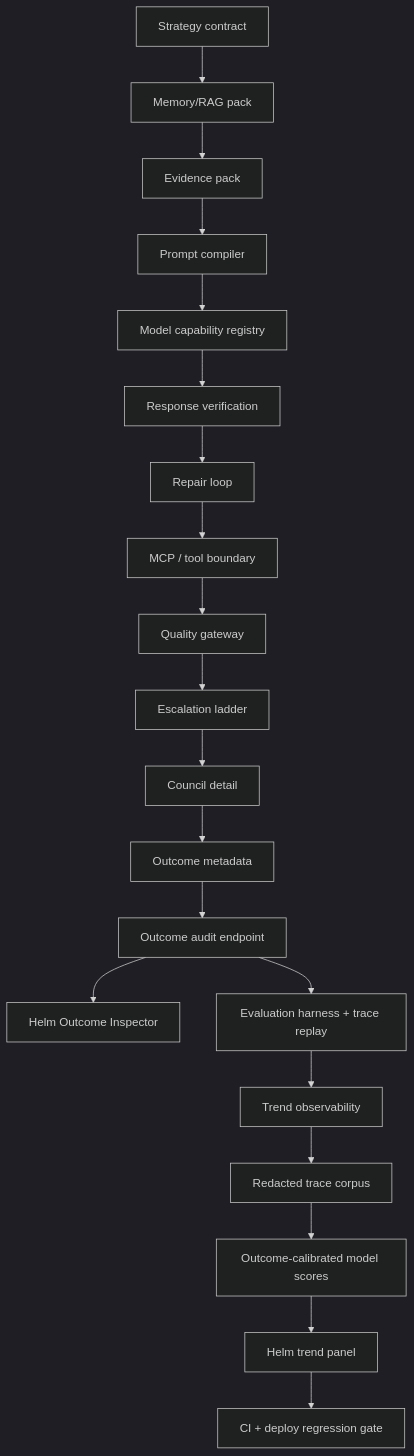
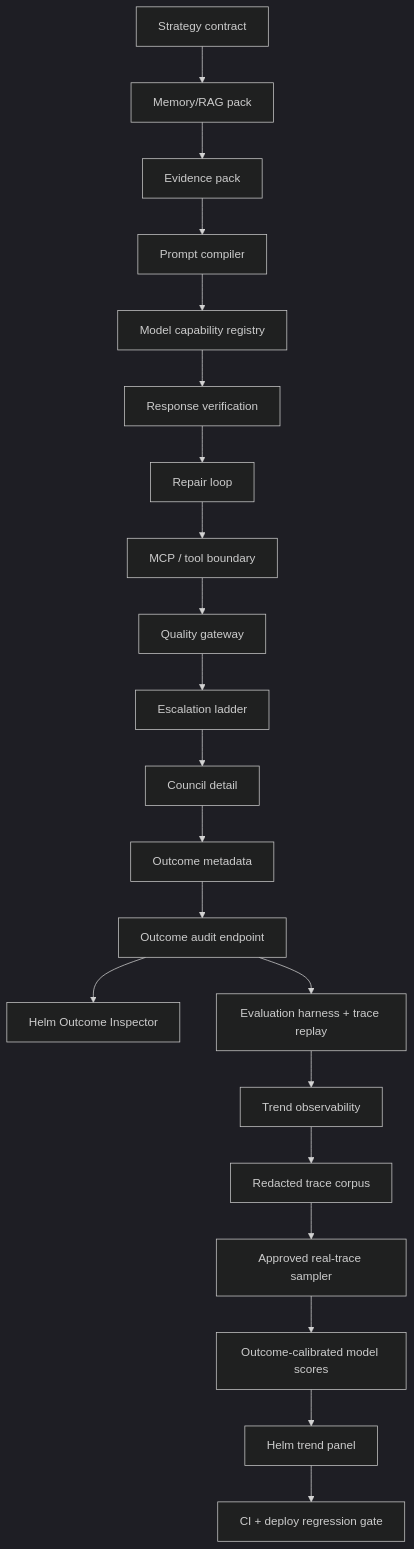
Before and after one commit to kphaas/jarvis-alpha: the second of 2 diagrams in docs/audit/AT0_CHAT_QUALITY_ARCHITECTURE_GAP_LEDGER_2026-07-09.md, drawn with Mermaid (dark theme). The commit also changed other lines of this file and 6 other files, not shown here.

First line of the commit message:
Phase 25: add approved real trace sampling workflow (#694)

````diff
--- a/docs/audit/AT0_CHAT_QUALITY_ARCHITECTURE_GAP_LEDGER_2026-07-09.md
+++ b/docs/audit/AT0_CHAT_QUALITY_ARCHITECTURE_GAP_LEDGER_2026-07-09.md
@@ -30,22 +30,23 @@
 ```mermaid
 flowchart TD
     S["Strategy contract"] --> M["Memory/RAG pack"]
     M --> C["Evidence pack"]
     C --> P["Prompt compiler"]
     P --> R["Model capability registry"]
     R --> V["Response verification"]
     V --> RL["Repair loop"]
     RL --> TB["MCP / tool boundary"]
     TB --> Q["Quality gateway"]
     Q --> E["Escalation ladder"]
     E --> D["Council detail"]
     D --> O["Outcome metadata"]
     O --> A["Outcome audit endpoint"]
     A --> H["Helm Outcome Inspector"]
     A --> EV["Evaluation harness + trace replay"]
     EV --> T["Trend observability"]
     T --> RC["Redacted trace corpus"]
-    RC --> MS["Outcome-calibrated model scores"]
+    RC --> RS["Approved real-trace sampler"]
+    RS --> MS["Outcome-calibrated model scores"]
     MS --> HP["Helm trend panel"]
     HP --> G["CI + deploy regression gate"]
 ```
````
